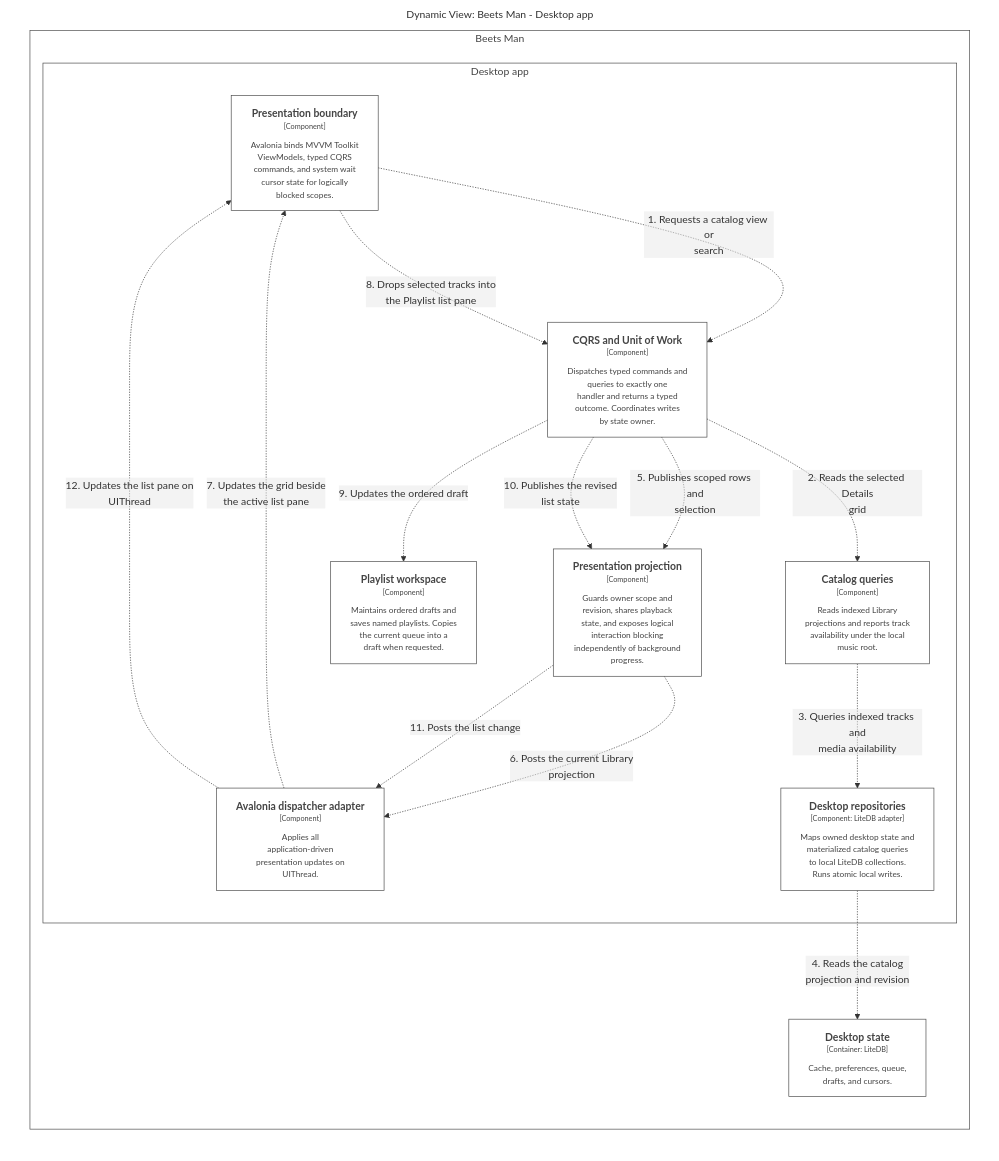
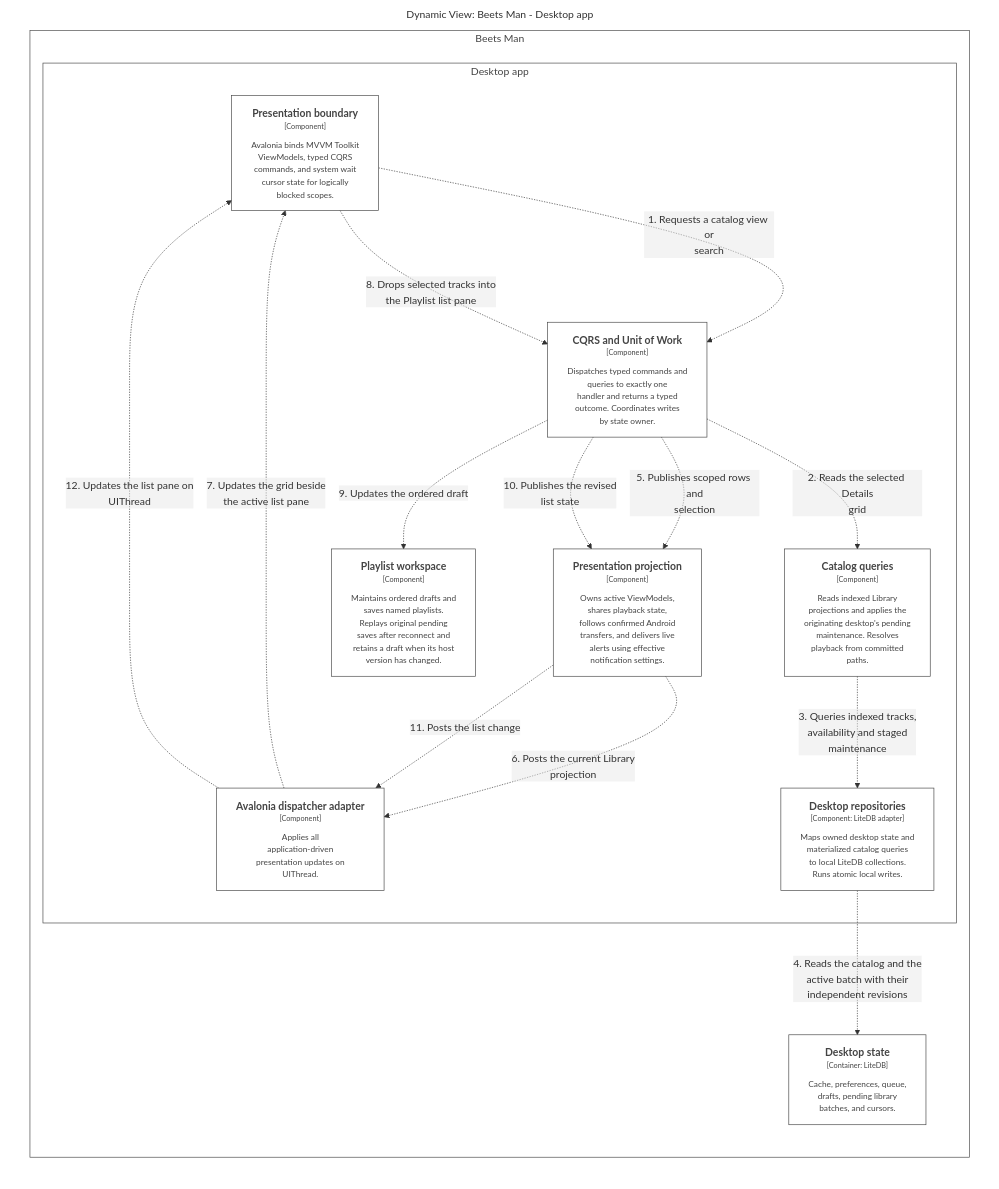
One commit to sharpninja/beets-man changed the ninth of 13 diagrams in docs/Project/wiki/github/C4-Views.md. Above: the diagram before and after it, drawn with Mermaid. The commit also changed other lines of this file and 486 other files, not shown here.

````diff
--- a/docs/Project/wiki/github/C4-Views.md
+++ b/docs/Project/wiki/github/C4-Views.md
@@ -522,51 +742,51 @@
 ```mermaid
 graph LR
   linkStyle default fill:#ffffff
 
   subgraph diagram ["Dynamic View: Beets Man - Desktop app"]
     style diagram fill:#ffffff,stroke:#ffffff
 
-    subgraph 6 ["Beets Man"]
-      style 6 fill:#ffffff,stroke:#444444,color:#444444
+    subgraph 7 ["Beets Man"]
+      style 7 fill:#ffffff,stroke:#444444,color:#444444
 
-      subgraph 7 ["Desktop app"]
-        style 7 fill:#ffffff,stroke:#444444,color:#444444
+      subgraph 8 ["Desktop app"]
+        style 8 fill:#ffffff,stroke:#444444,color:#444444
 
-        10["<div style='font-weight: bold'>Presentation projection</div><div style='font-size: 70%; margin-top: 0px'>[Component]</div><div style='font-size: 80%; margin-top:10px'>Guards owner scope and<br />revision, shares playback<br />state, and exposes logical<br />interaction blocking<br />independently of background<br />progress.</div>"]
+        10["<div style='font-weight: bold'>Avalonia dispatcher adapter</div><div style='font-size: 70%; margin-top: 0px'>[Component]</div><div style='font-size: 80%; margin-top:10px'>Applies all<br />application-driven<br />presentation updates on<br />UIThread.</div>"]
         style 10 fill:#ffffff,stroke:#444444,color:#444444
-        11["<div style='font-weight: bold'>CQRS and Unit of Work</div><div style='font-size: 70%; margin-top: 0px'>[Component]</div><div style='font-size: 80%; margin-top:10px'>Dispatches typed commands and<br />queries to exactly one<br />handler and returns a typed<br />outcome. Coordinates writes<br />by state owner.</div>"]
+        11["<div style='font-weight: bold'>Presentation projection</div><div style='font-size: 70%; margin-top: 0px'>[Component]</div><div style='font-size: 80%; margin-top:10px'>Owns active ViewModels,<br />shares playback state,<br />follows confirmed Android<br />transfers, and delivers live<br />alerts using effective<br />notification settings.</div>"]
         style 11 fill:#ffffff,stroke:#444444,color:#444444
-        14["<div style='font-weight: bold'>Catalog queries</div><div style='font-size: 70%; margin-top: 0px'>[Component]</div><div style='font-size: 80%; margin-top:10px'>Reads indexed Library<br />projections and reports track<br />availability under the local<br />music root.</div>"]
-        style 14 fill:#ffffff,stroke:#444444,color:#444444
-        15["<div style='font-weight: bold'>Playlist workspace</div><div style='font-size: 70%; margin-top: 0px'>[Component]</div><div style='font-size: 80%; margin-top:10px'>Maintains ordered drafts and<br />saves named playlists. Copies<br />the current queue into a<br />draft when requested.</div>"]
-        style 15 fill:#ffffff,stroke:#444444,color:#444444
-        23["<div style='font-weight: bold'>Desktop repositories</div><div style='font-size: 70%; margin-top: 0px'>[Component: LiteDB adapter]</div><div style='font-size: 80%; margin-top:10px'>Maps owned desktop state and<br />materialized catalog queries<br />to local LiteDB collections.<br />Runs atomic local writes.</div>"]
-        style 23 fill:#ffffff,stroke:#444444,color:#444444
-        8["<div style='font-weight: bold'>Presentation boundary</div><div style='font-size: 70%; margin-top: 0px'>[Component]</div><div style='font-size: 80%; margin-top:10px'>Avalonia binds MVVM Toolkit<br />ViewModels, typed CQRS<br />commands, and system wait<br />cursor state for logically<br />blocked scopes.</div>"]
-        style 8 fill:#ffffff,stroke:#444444,color:#444444
-        9["<div style='font-weight: bold'>Avalonia dispatcher adapter</div><div style='font-size: 70%; margin-top: 0px'>[Component]</div><div style='font-size: 80%; margin-top:10px'>Applies all<br />application-driven<br />presentation updates on<br />UIThread.</div>"]
+        13["<div style='font-weight: bold'>CQRS and Unit of Work</div><div style='font-size: 70%; margin-top: 0px'>[Component]</div><div style='font-size: 80%; margin-top:10px'>Dispatches typed commands and<br />queries to exactly one<br />handler and returns a typed<br />outcome. Coordinates writes<br />by state owner.</div>"]
+        style 13 fill:#ffffff,stroke:#444444,color:#444444
+        19["<div style='font-weight: bold'>Catalog queries</div><div style='font-size: 70%; margin-top: 0px'>[Component]</div><div style='font-size: 80%; margin-top:10px'>Reads indexed Library<br />projections and applies the<br />originating desktop's pending<br />maintenance. Resolves<br />playback from committed<br />paths.</div>"]
+        style 19 fill:#ffffff,stroke:#444444,color:#444444
+        20["<div style='font-weight: bold'>Playlist workspace</div><div style='font-size: 70%; margin-top: 0px'>[Component]</div><div style='font-size: 80%; margin-top:10px'>Maintains ordered drafts and<br />saves named playlists.<br />Replays original pending<br />saves after reconnect and<br />retains a draft when its host<br />version has changed.</div>"]
+        style 20 fill:#ffffff,stroke:#444444,color:#444444
+        36["<div style='font-weight: bold'>Desktop repositories</div><div style='font-size: 70%; margin-top: 0px'>[Component: LiteDB adapter]</div><div style='font-size: 80%; margin-top:10px'>Maps owned desktop state and<br />materialized catalog queries<br />to local LiteDB collections.<br />Runs atomic local writes.</div>"]
+        style 36 fill:#ffffff,stroke:#444444,color:#444444
+        9["<div style='font-weight: bold'>Presentation boundary</div><div style='font-size: 70%; margin-top: 0px'>[Component]</div><div style='font-size: 80%; margin-top:10px'>Avalonia binds MVVM Toolkit<br />ViewModels, typed CQRS<br />commands, and system wait<br />cursor state for logically<br />blocked scopes.</div>"]
         style 9 fill:#ffffff,stroke:#444444,color:#444444
       end
 
-      25["<div style='font-weight: bold'>Desktop state</div><div style='font-size: 70%; margin-top: 0px'>[Container: LiteDB]</div><div style='font-size: 80%; margin-top:10px'>Cache, preferences, queue,<br />drafts, and cursors.</div>"]
-      style 25 fill:#ffffff,stroke:#444444,color:#444444
+      38["<div style='font-weight: bold'>Desktop state</div><div style='font-size: 70%; margin-top: 0px'>[Container: LiteDB]</div><div style='font-size: 80%; margin-top:10px'>Cache, preferences, queue,<br />drafts, pending library<br />batches, and cursors.</div>"]
+      style 38 fill:#ffffff,stroke:#444444,color:#444444
     end
 
-    25["<div style='font-weight: bold'>Desktop state</div><div style='font-size: 70%; margin-top: 0px'>[Container: LiteDB]</div><div style='font-size: 80%; margin-top:10px'>Cache, preferences, queue,<br />drafts, and cursors.</div>"]
-    style 25 fill:#ffffff,stroke:#444444,color:#444444
+    38["<div style='font-weight: bold'>Desktop state</div><div style='font-size: 70%; margin-top: 0px'>[Container: LiteDB]</div><div style='font-size: 80%; margin-top:10px'>Cache, preferences, queue,<br />drafts, pending library<br />batches, and cursors.</div>"]
+    style 38 fill:#ffffff,stroke:#444444,color:#444444
 
-    8-. "<div>1. Requests a catalog view or<br />search</div><div style='font-size: 70%'></div>" .->11
-    11-. "<div>2. Reads the selected Details<br />grid</div><div style='font-size: 70%'></div>" .->14
-    14-. "<div>3. Queries indexed tracks and<br />media availability</div><div style='font-size: 70%'></div>" .->23
-    23-. "<div>4. Reads the catalog<br />projection and revision</div><div style='font-size: 70%'></div>" .->25
-    11-. "<div>5. Publishes scoped rows and<br />selection</div><div style='font-size: 70%'></div>" .->10
-    10-. "<div>6. Posts the current Library<br />projection</div><div style='font-size: 70%'></div>" .->9
-    9-. "<div>7. Updates the grid beside<br />the active list pane</div><div style='font-size: 70%'></div>" .->8
-    8-. "<div>8. Drops selected tracks into<br />the Playlist list pane</div><div style='font-size: 70%'></div>" .->11
-    11-. "<div>9. Updates the ordered draft</div><div style='font-size: 70%'></div>" .->15
-    11-. "<div>10. Publishes the revised<br />list state</div><div style='font-size: 70%'></div>" .->10
-    10-. "<div>11. Posts the list change</div><div style='font-size: 70%'></div>" .->9
-    9-. "<div>12. Updates the list pane on<br />UIThread</div><div style='font-size: 70%'></div>" .->8
+    9-. "<div>1. Requests a catalog view or<br />search</div><div style='font-size: 70%'></div>" .->13
+    13-. "<div>2. Reads the selected Details<br />grid</div><div style='font-size: 70%'></div>" .->19
+    19-. "<div>3. Queries indexed tracks,<br />availability and staged<br />maintenance</div><div style='font-size: 70%'></div>" .->36
+    36-. "<div>4. Reads the catalog and the<br />active batch with their<br />independent revisions</div><div style='font-size: 70%'></div>" .->38
+    13-. "<div>5. Publishes scoped rows and<br />selection</div><div style='font-size: 70%'></div>" .->11
+    11-. "<div>6. Posts the current Library<br />projection</div><div style='font-size: 70%'></div>" .->10
+    10-. "<div>7. Updates the grid beside<br />the active list pane</div><div style='font-size: 70%'></div>" .->9
+    9-. "<div>8. Drops selected tracks into<br />the Playlist list pane</div><div style='font-size: 70%'></div>" .->13
+    13-. "<div>9. Updates the ordered draft</div><div style='font-size: 70%'></div>" .->20
+    13-. "<div>10. Publishes the revised<br />list state</div><div style='font-size: 70%'></div>" .->11
+    11-. "<div>11. Posts the list change</div><div style='font-size: 70%'></div>" .->10
+    10-. "<div>12. Updates the list pane on<br />UIThread</div><div style='font-size: 70%'></div>" .->9
 
   end
 ```
````
